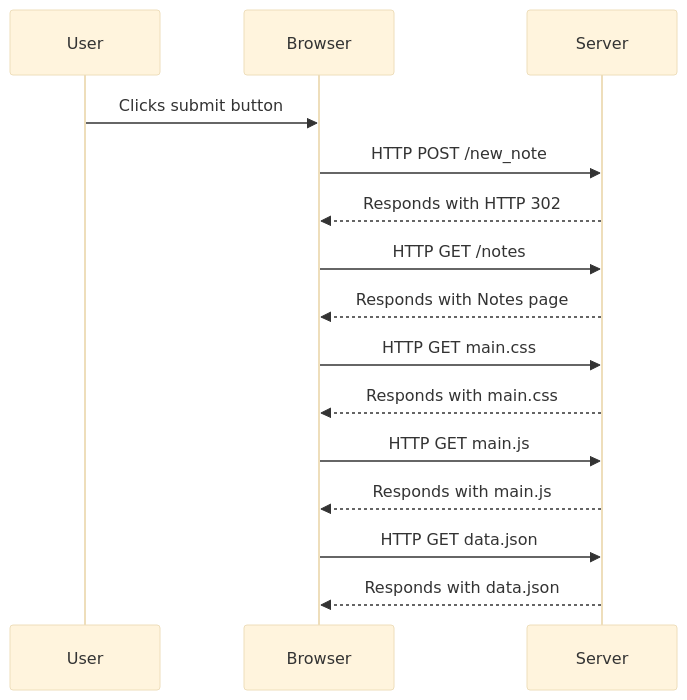
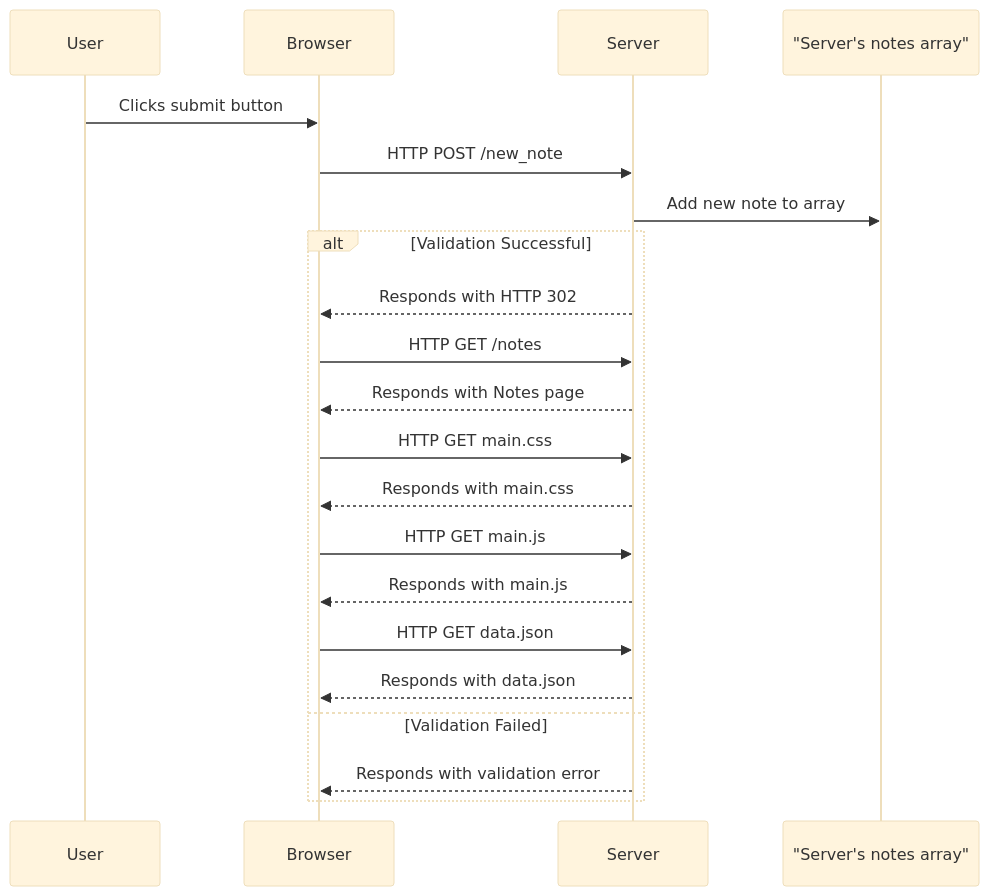
Before and after one commit to ZamanS94/UniofHelsinki_FullStackOpen: the diagram in part0/0.4.mmd, drawn with Mermaid (base theme).

```diff
--- a/part0/0.4.mmd
+++ b/part0/0.4.mmd
@@ -1,16 +1,22 @@
 sequenceDiagram
     participant User as User
     participant Browser as Browser
     participant Server as Server
+    participant NotesArray as "Server's notes array"
 
     User->>Browser: Clicks submit button
     Browser->>Server: HTTP POST /new_note
-    Server-->>Browser: Responds with HTTP 302
-    Browser->>Server: HTTP GET /notes
-    Server-->>Browser: Responds with Notes page
-    Browser->>Server: HTTP GET main.css
-    Server-->>Browser: Responds with main.css
-    Browser->>Server: HTTP GET main.js
-    Server-->>Browser: Responds with main.js
-    Browser->>Server: HTTP GET data.json
-    Server-->>Browser: Responds with data.json
+    Server->>NotesArray: Add new note to array
+    alt Validation Successful
+        Server-->>Browser: Responds with HTTP 302
+        Browser->>Server: HTTP GET /notes
+        Server-->>Browser: Responds with Notes page
+        Browser->>Server: HTTP GET main.css
+        Server-->>Browser: Responds with main.css
+        Browser->>Server: HTTP GET main.js
+        Server-->>Browser: Responds with main.js
+        Browser->>Server: HTTP GET data.json
+        Server-->>Browser: Responds with data.json
+    else Validation Failed
+        Server-->>Browser: Responds with validation error
+    end
```
